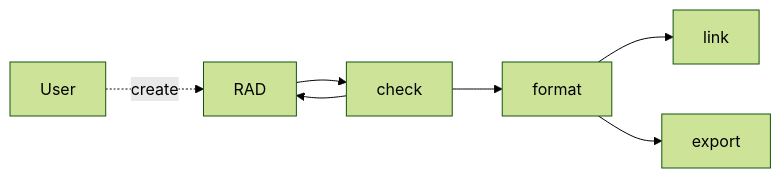
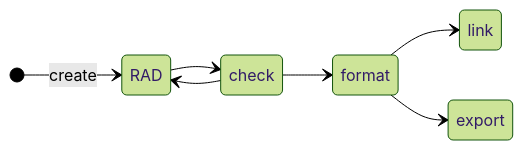
Before and after one commit to jhwohlgemuth/acorn: the diagram in docs/src/cli-reference/commands/README.md, drawn with Mermaid (forest theme). The commit also changed 18 other files, not shown here.

````diff
--- a/docs/src/cli-reference/commands/README.md
+++ b/docs/src/cli-reference/commands/README.md
@@ -11,9 +11,10 @@
 ```mermaid
-graph LR
-    User -.->|create| A
-    A[RAD] --> B[check]
-    B --> A
-    B --> C[format]
-    C --> D[link]
-    C --> E[export]
+stateDiagram
+    direction LR
+    [*] --> RAD: create
+    RAD --> check
+    check --> RAD
+    check --> format
+    format --> link
+    format --> export
 ```
````
